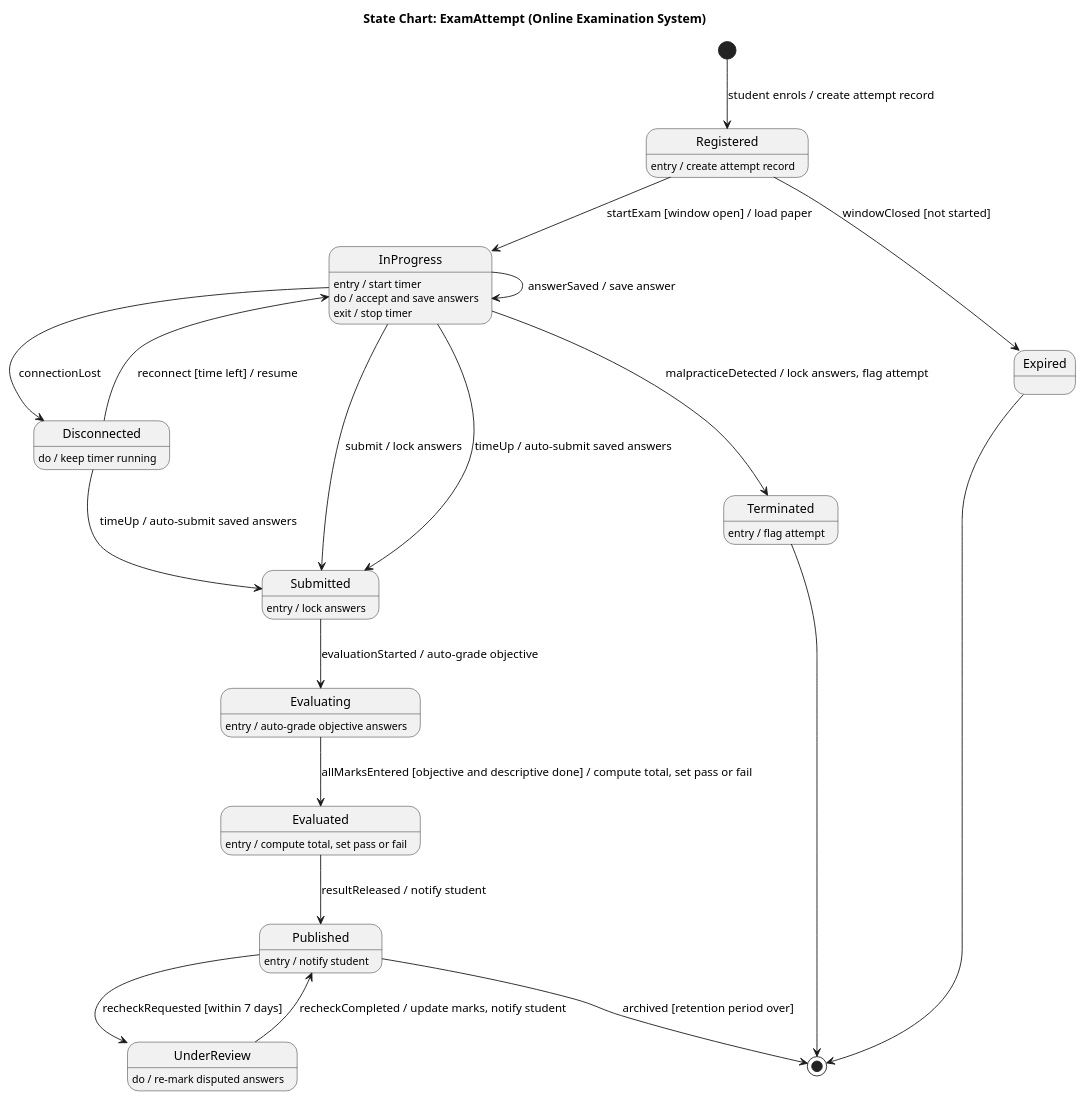
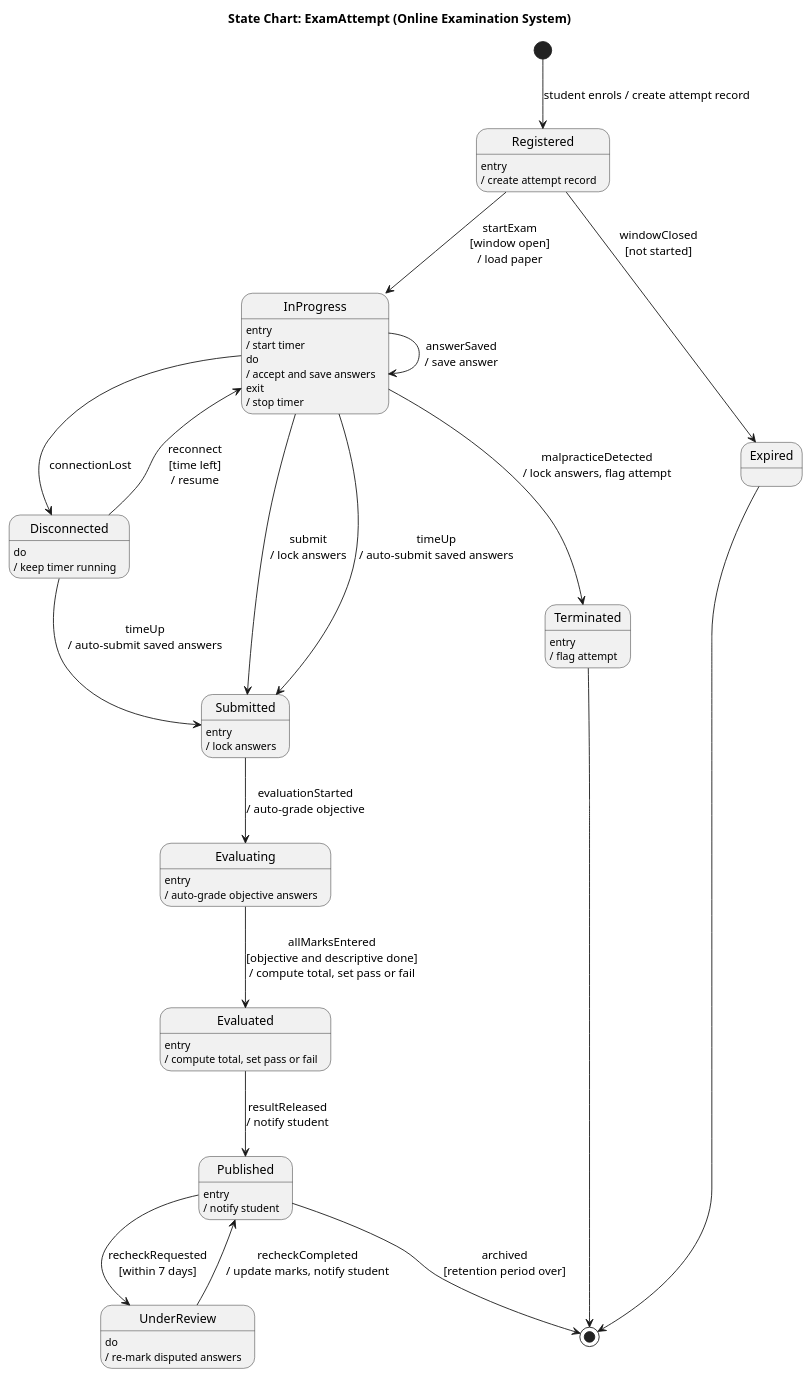
Before and after one commit to theetherGit/mca-ignou-labs: the diagram in public/code/mcsl-222/section-1/session-6/exam_attempt_state.puml, drawn with PlantUML. The commit also changed 33 other files, not shown here.

First line of the commit message:
feat(diagrams): print-legible layouts; wide pictures print sideways

```diff
--- a/public/code/mcsl-222/section-1/session-6/exam_attempt_state.puml
+++ b/public/code/mcsl-222/section-1/session-6/exam_attempt_state.puml
@@ -1,33 +1,33 @@
 @startuml
 title State Chart: ExamAttempt (Online Examination System)
 [*] --> Registered : student enrols / create attempt record
-Registered : entry / create attempt record
-InProgress : entry / start timer
-InProgress : do / accept and save answers
-InProgress : exit / stop timer
-Disconnected : do / keep timer running
-Submitted : entry / lock answers
-Evaluating : entry / auto-grade objective answers
-Evaluated : entry / compute total, set pass or fail
-Published : entry / notify student
-UnderReview : do / re-mark disputed answers
-Terminated : entry / flag attempt
+Registered : entry\n/ create attempt record
+InProgress : entry\n/ start timer
+InProgress : do\n/ accept and save answers
+InProgress : exit\n/ stop timer
+Disconnected : do\n/ keep timer running
+Submitted : entry\n/ lock answers
+Evaluating : entry\n/ auto-grade objective answers
+Evaluated : entry\n/ compute total, set pass or fail
+Published : entry\n/ notify student
+UnderReview : do\n/ re-mark disputed answers
+Terminated : entry\n/ flag attempt
 
-Registered --> InProgress : startExam [window open] / load paper
-Registered --> Expired : windowClosed [not started]
-InProgress --> InProgress : answerSaved / save answer
+Registered --> InProgress : startExam\n[window open]\n/ load paper
+Registered --> Expired : windowClosed\n[not started]
+InProgress --> InProgress : answerSaved\n/ save answer
 InProgress --> Disconnected : connectionLost
-Disconnected --> InProgress : reconnect [time left] / resume
-Disconnected --> Submitted : timeUp / auto-submit saved answers
-InProgress --> Submitted : submit / lock answers
-InProgress --> Submitted : timeUp / auto-submit saved answers
-InProgress --> Terminated : malpracticeDetected / lock answers, flag attempt
-Submitted --> Evaluating : evaluationStarted / auto-grade objective
-Evaluating --> Evaluated : allMarksEntered [objective and descriptive done] / compute total, set pass or fail
-Evaluated --> Published : resultReleased / notify student
-Published --> UnderReview : recheckRequested [within 7 days]
-UnderReview --> Published : recheckCompleted / update marks, notify student
-Published --> [*] : archived [retention period over]
+Disconnected --> InProgress : reconnect\n[time left]\n/ resume
+Disconnected --> Submitted : timeUp\n/ auto-submit saved answers
+InProgress --> Submitted : submit\n/ lock answers
+InProgress --> Submitted : timeUp\n/ auto-submit saved answers
+InProgress --> Terminated : malpracticeDetected\n/ lock answers, flag attempt
+Submitted --> Evaluating : evaluationStarted\n/ auto-grade objective
+Evaluating --> Evaluated : allMarksEntered\n[objective and descriptive done]\n/ compute total, set pass or fail
+Evaluated --> Published : resultReleased\n/ notify student
+Published --> UnderReview : recheckRequested\n[within 7 days]
+UnderReview --> Published : recheckCompleted\n/ update marks, notify student
+Published --> [*] : archived\n[retention period over]
 Expired --> [*]
 Terminated --> [*]
 @enduml
```
